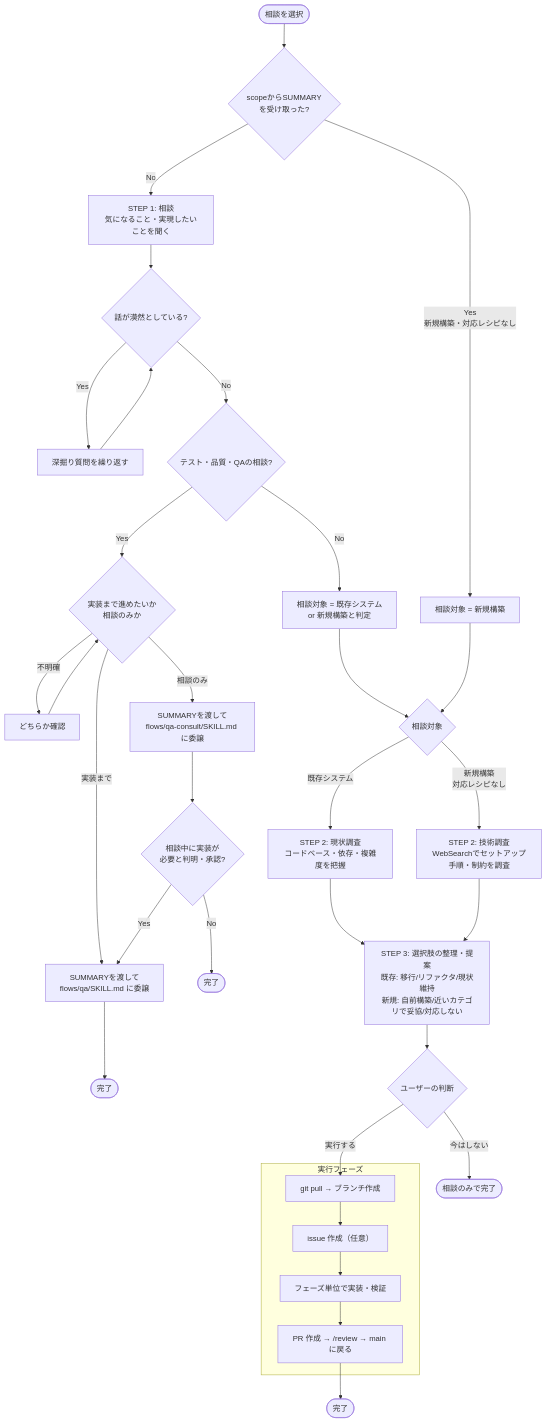
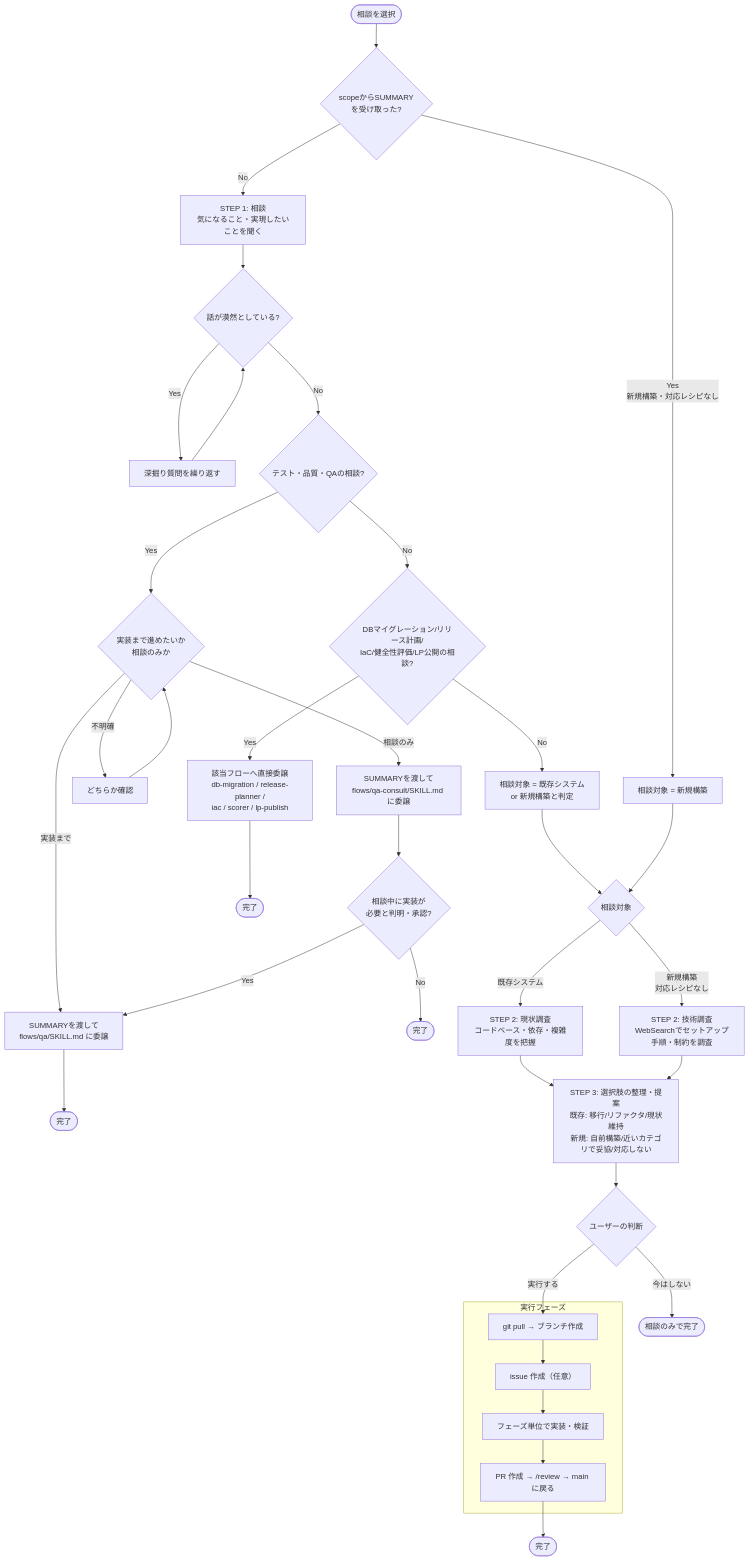
One commit to agaemo/dotfiles changed the diagram in claude/skills/craft/flows/consult/README.md. Above: the diagram before and after it, drawn with Mermaid. The commit also changed other lines of this file and 6 other files, not shown here.

````diff
--- a/claude/skills/craft/flows/consult/README.md
+++ b/claude/skills/craft/flows/consult/README.md
@@ -7,41 +7,45 @@
 ```mermaid
 flowchart TD
     START([相談を選択]) --> ENTRY{scopeからSUMMARY\nを受け取った?}
     ENTRY -->|Yes\n新規構築・対応レシピなし| TARGET2[相談対象 = 新規構築]
     ENTRY -->|No| C1["STEP 1: 相談\n気になること・実現したいことを聞く"]
     C1 --> DEEPEN{話が漠然としている?}
     DEEPEN -->|Yes| C1B["深掘り質問を繰り返す"]
     C1B --> DEEPEN
     DEEPEN -->|No| QA_CHECK{テスト・品質・QAの相談?}
 
     QA_CHECK -->|Yes| QA_MODE{実装まで進めたいか\n相談のみか}
     QA_MODE -->|不明確| ASK_MODE["どちらか確認"]
     ASK_MODE --> QA_MODE
     QA_MODE -->|実装まで| QA["SUMMARYを渡して\nflows/qa/SKILL.md に委譲"]
     QA --> END_Q([完了])
     QA_MODE -->|相談のみ| QAC["SUMMARYを渡して\nflows/qa-consult/SKILL.md に委譲"]
     QAC --> QAC_ESC{相談中に実装が\n必要と判明・承認?}
     QAC_ESC -->|Yes| QA
     QAC_ESC -->|No| END_QC([完了])
 
-    QA_CHECK -->|No| TARGET1[相談対象 = 既存システム\nor 新規構築と判定]
+    QA_CHECK -->|No| DOMAIN_CHECK{DBマイグレーション/リリース計画/\nIaC/健全性評価/LP公開の相談?}
+    DOMAIN_CHECK -->|Yes| DOMAIN["該当フローへ直接委譲\ndb-migration / release-planner /\niac / scorer / lp-publish"]
+    DOMAIN --> END_D([完了])
+
+    DOMAIN_CHECK -->|No| TARGET1[相談対象 = 既存システム\nor 新規構築と判定]
     TARGET1 --> TARGET
     TARGET2 --> TARGET
     TARGET{相談対象}
     TARGET -->|既存システム| C2E["STEP 2: 現状調査\nコードベース・依存・複雑度を把握"]
     TARGET -->|新規構築\n対応レシピなし| C2N["STEP 2: 技術調査\nWebSearchでセットアップ手順・制約を調査"]
     C2E --> C3
     C2N --> C3["STEP 3: 選択肢の整理・提案\n既存: 移行/リファクタ/現状維持\n新規: 自前構築/近いカテゴリで妥協/対応しない"]
     C3 --> GATE{ユーザーの判断}
     GATE -->|今はしない| END_N([相談のみで完了])
     GATE -->|実行する| C4
 
     subgraph EXEC["実行フェーズ"]
         C4["git pull → ブランチ作成"]
         C4 --> C5["issue 作成（任意）"]
         C5 --> C6["フェーズ単位で実装・検証"]
         C6 --> C7["PR 作成 → /review → main に戻る"]
     end
 
     C7 --> END([完了])
 ```
````
